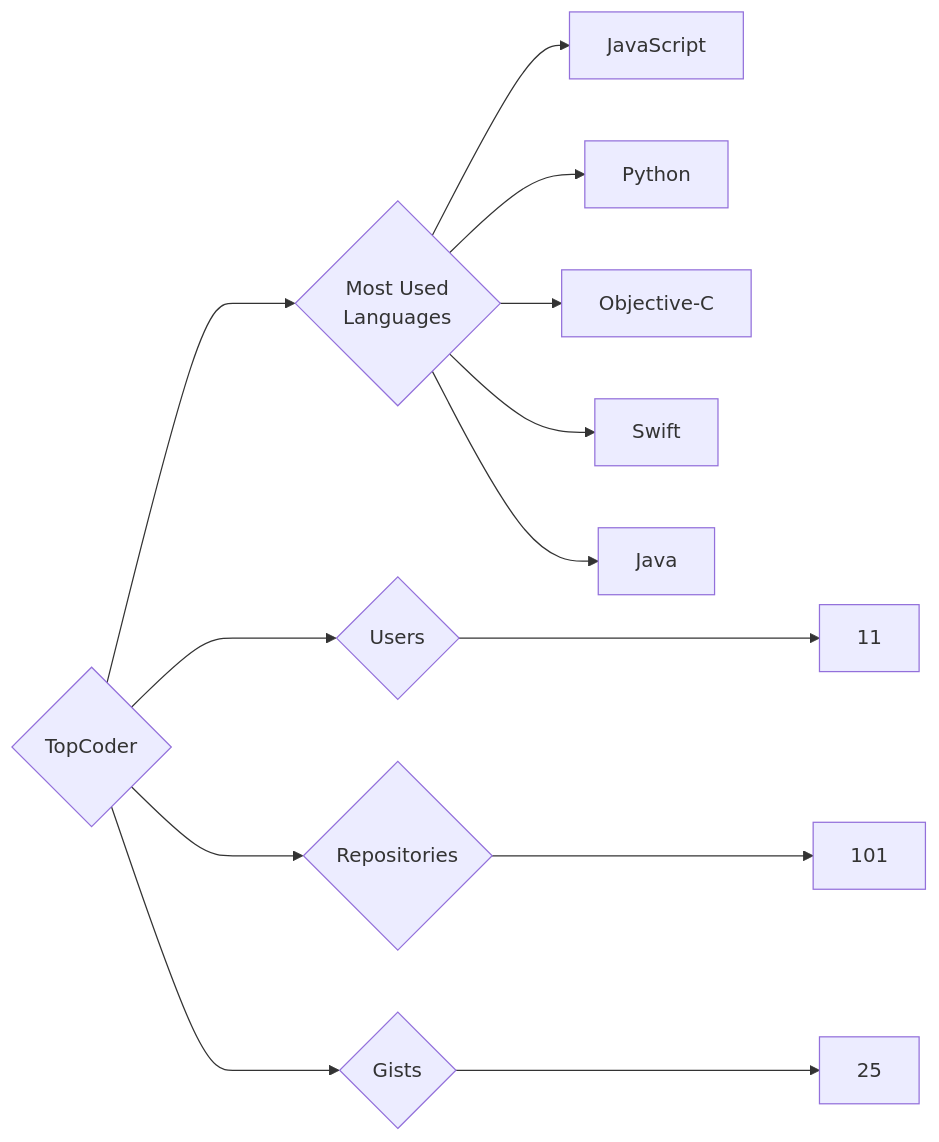
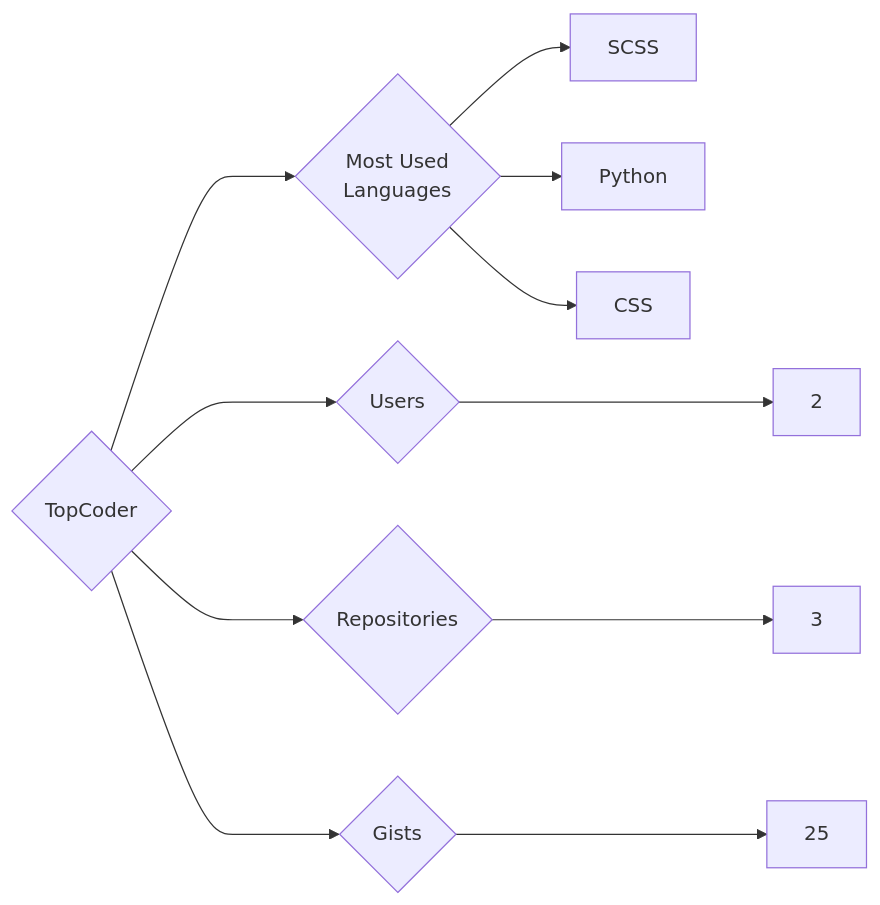
One commit to trickest/insiders changed the diagram in targets/TopCoder/README.md. Above: the diagram before and after it, drawn with Mermaid. The commit also changed 895 other files, not shown here.

````diff
--- a/targets/TopCoder/README.md
+++ b/targets/TopCoder/README.md
@@ -3,13 +3,11 @@
 ```mermaid
 graph LR
 COMPANY_NAME{TopCoder}
-COMPANY_NAME ---> U{Users} ---> UN[11]
-COMPANY_NAME ---> R{Repositories} ---> RN[101]
+COMPANY_NAME ---> U{Users} ---> UN[2]
+COMPANY_NAME ---> R{Repositories} ---> RN[3]
 COMPANY_NAME ---> G{Gists} ---> GN[25]
 COMPANY_NAME ---> ML{Most Used<br>Languages}
-ML --> JavaScript[JavaScript]
+ML --> SCSS[SCSS]
 ML --> Python[Python]
-ML --> Objective-C[Objective-C]
-ML --> Swift[Swift]
-ML --> Java[Java]
+ML --> CSS[CSS]
 ```
````
